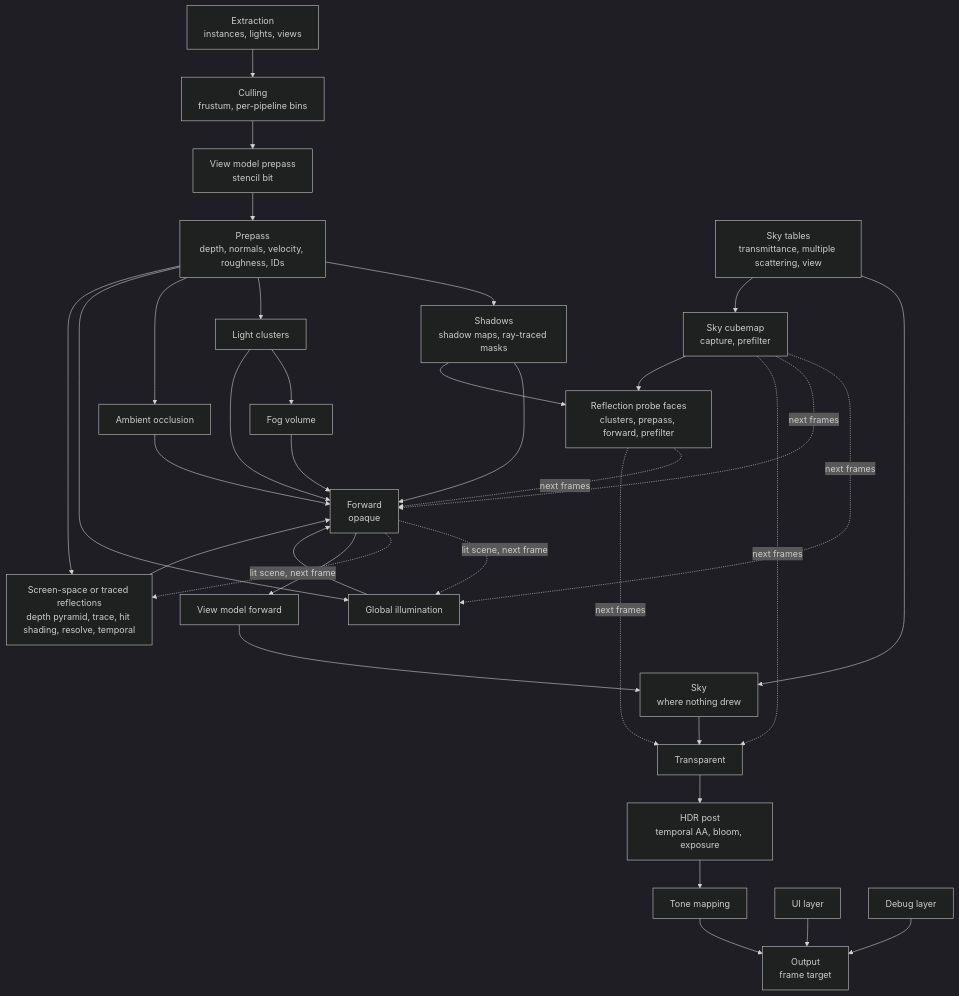
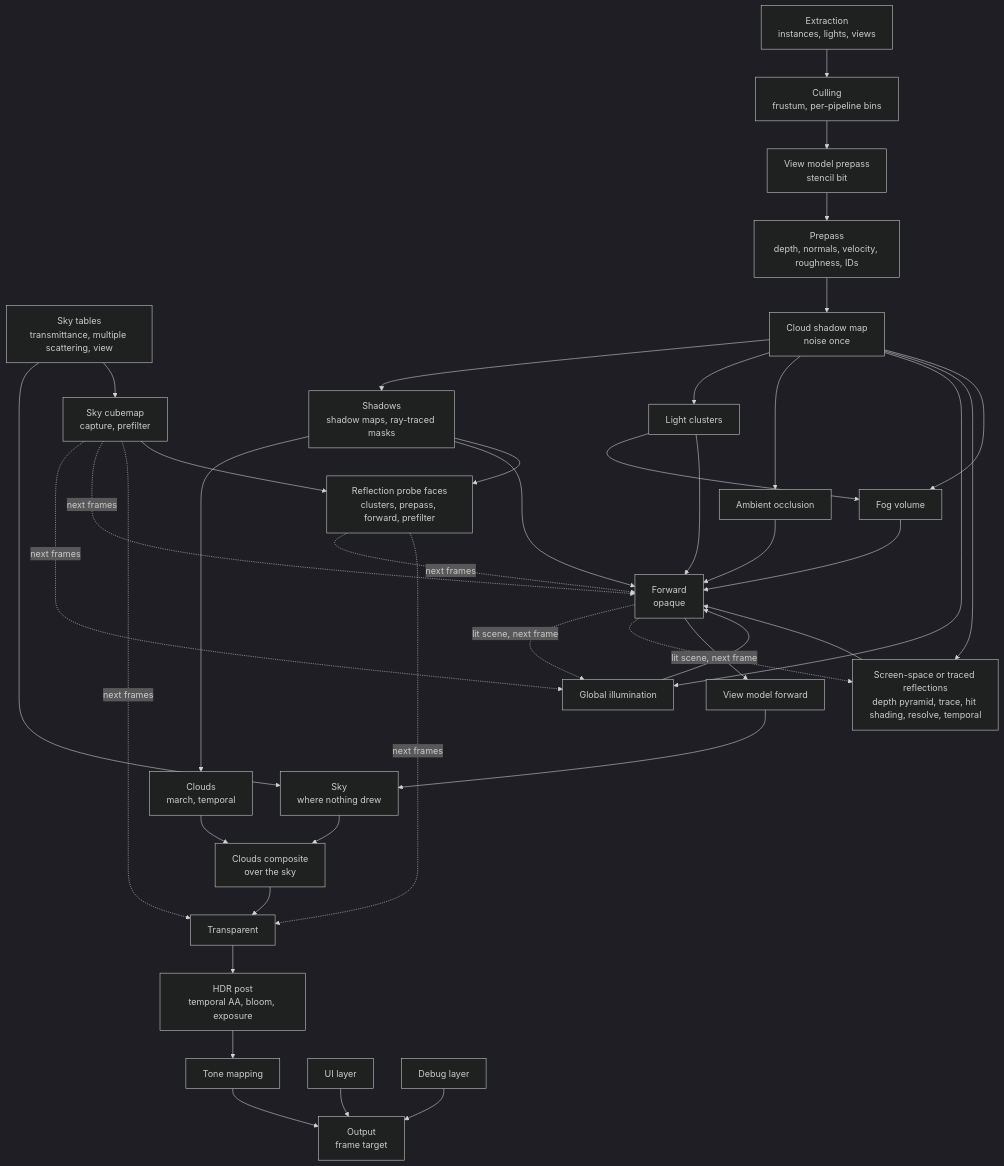
The diagram in docs/rendering/frame.md (aszecsei/cinnabar), drawn with Mermaid (dark theme) before and after one commit. The commit also changed other lines of this file and 81 other files, not shown here.

````diff
--- a/docs/rendering/frame.md
+++ b/docs/rendering/frame.md
@@ -5,37 +5,42 @@
 ```mermaid
 flowchart TB
     EXTRACT["Extraction<br/>instances, lights, views"]
     CULL["Culling<br/>frustum, per-pipeline bins"]
     PRE["Prepass<br/>depth, normals, velocity, roughness, IDs"]
     VMPRE["View model prepass<br/>stencil bit"]
     SHADOW["Shadows<br/>shadow maps, ray-traced masks"]
     CLUSTER["Light clusters"]
     AO["Ambient occlusion"]
     GI["Global illumination"]
     SSR["Screen-space or traced reflections<br/>depth pyramid, trace, hit shading, resolve, temporal"]
     FOG["Fog volume"]
     SKYLUT["Sky tables<br/>transmittance, multiple scattering, view"]
     SKYCUBE["Sky cubemap<br/>capture, prefilter"]
     PROBES["Reflection probe faces<br/>clusters, prepass, forward, prefilter"]
+    CLOUDSHADOW["Cloud shadow map<br/>noise once"]
+    CLOUDS["Clouds<br/>march, temporal"]
     SKY["Sky<br/>where nothing drew"]
+    CLOUDCOMP["Clouds composite<br/>over the sky"]
     FWD["Forward<br/>opaque"]
     VMFWD["View model forward"]
     TRANS["Transparent"]
     POST["HDR post<br/>temporal AA, bloom, exposure"]
     TONE["Tone mapping"]
     UI["UI layer"]
     DEBUG["Debug layer"]
     OUT["Output<br/>frame target"]
 
     EXTRACT --> CULL --> VMPRE --> PRE
-    PRE --> SHADOW & CLUSTER & AO & GI & SSR
+    PRE --> CLOUDSHADOW --> SHADOW & CLUSTER & AO & GI & SSR
     CLUSTER --> FOG
+    SHADOW --> CLOUDS --> CLOUDCOMP
+    CLOUDSHADOW --> FOG
     SHADOW & CLUSTER & AO & GI & SSR & FOG --> FWD
     FWD -.->|"lit scene, next frame"| GI & SSR
     SKYLUT --> SKY
     SKYLUT --> SKYCUBE -.->|"next frames"| GI & FWD & TRANS
     SHADOW & SKYCUBE --> PROBES -.->|"next frames"| FWD & TRANS
-    FWD --> VMFWD --> SKY --> TRANS --> POST --> TONE --> OUT
+    FWD --> VMFWD --> SKY --> CLOUDCOMP --> TRANS --> POST --> TONE --> OUT
     UI --> OUT
     DEBUG --> OUT
 ```
````
